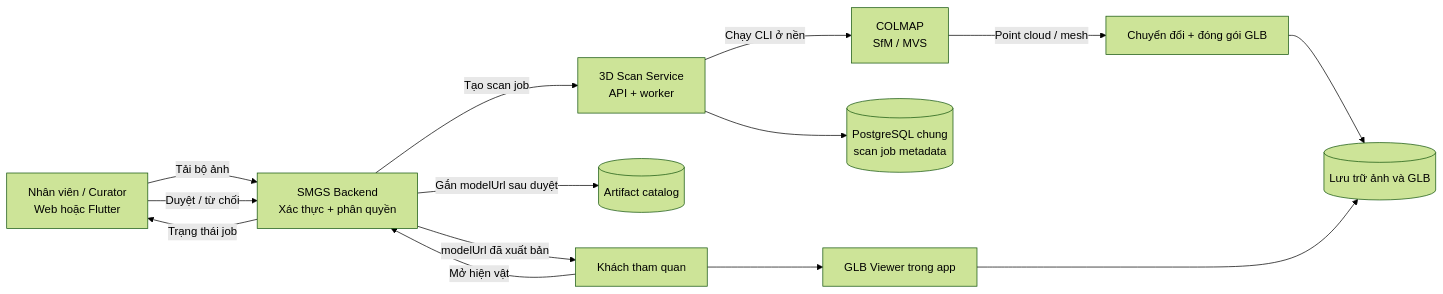
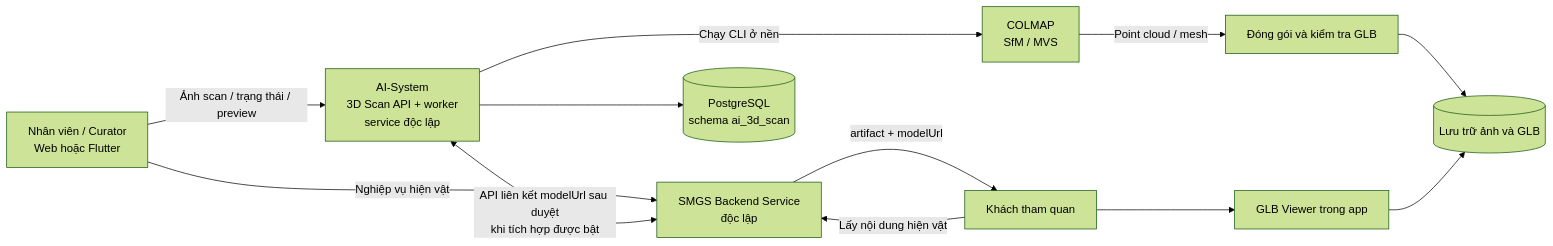
One commit to SEP490-Smart-Museum-Guide-System/AI-System changed the diagram in 3D Scan/SYSTEM_DESIGN.md. Above: the diagram before and after it, drawn with Mermaid (forest theme). The commit also changed other lines of this file, not shown here.

First line of the commit message:
Clarify 3D scan service decoupling

````diff
--- a/3D Scan/SYSTEM_DESIGN.md
+++ b/3D Scan/SYSTEM_DESIGN.md
@@ -11,16 +13,14 @@
 ```mermaid
 flowchart LR
-    A[Nhân viên / Curator<br/>Web hoặc Flutter] -->|Tải bộ ảnh| B[SMGS Backend<br/>Xác thực + phân quyền]
-    B -->|Tạo scan job| C[3D Scan Service<br/>API + worker]
+    A[Nhân viên / Curator<br/>Web hoặc Flutter] -->|Nghiệp vụ hiện vật| B[SMGS Backend Service<br/>độc lập]
+    A -->|Ảnh scan / trạng thái / preview| C[AI-System<br/>3D Scan API + worker<br/>service độc lập]
     C -->|Chạy CLI ở nền| D[COLMAP<br/>SfM / MVS]
-    D -->|Point cloud / mesh| E[Chuyển đổi + đóng gói GLB]
+    D -->|Point cloud / mesh| E[Đóng gói và kiểm tra GLB]
     E --> F[(Lưu trữ ảnh và GLB)]
-    C --> G[(PostgreSQL chung<br/>scan job metadata)]
-    B -->|Trạng thái job| A
-    A -->|Duyệt / từ chối| B
-    B -->|Gắn modelUrl sau duyệt| H[(Artifact catalog)]
-    I[Khách tham quan] -->|Mở hiện vật| B
-    B -->|modelUrl đã xuất bản| I
+    C --> G[(PostgreSQL<br/>schema ai_3d_scan)]
+    C <-->|API liên kết modelUrl sau duyệt<br/>khi tích hợp được bật| B
+    I[Khách tham quan] -->|Lấy nội dung hiện vật| B
+    B -->|artifact + modelUrl| I
     I --> J[GLB Viewer trong app]
     J --> F
 ```
````
